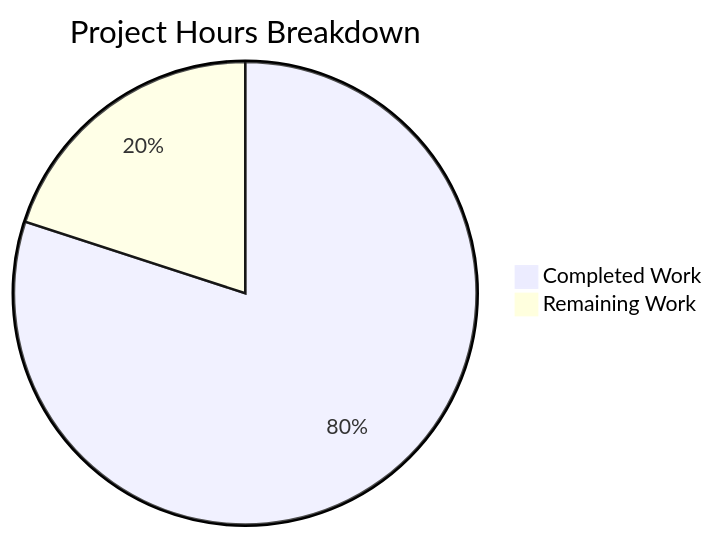
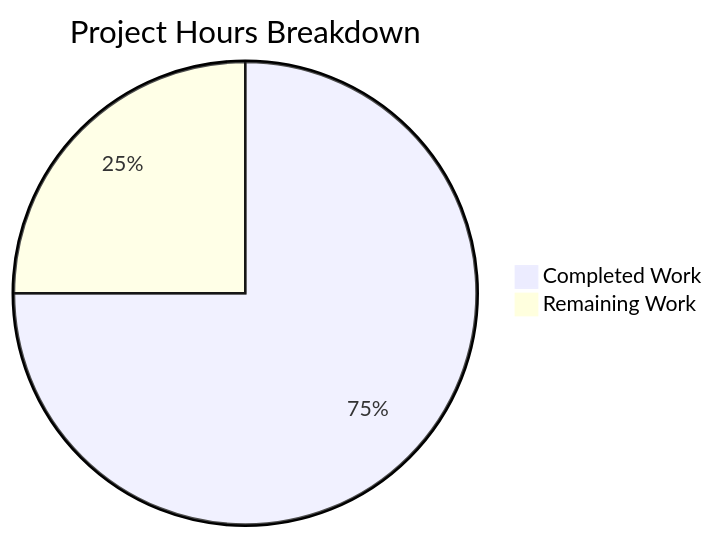
Before and after one commit to TestadoBlitzy/Existing-product: the second of 2 diagrams in blitzy/documentation/Project Guide.md, drawn with Mermaid. The commit also changed other lines of this file, not shown here.

Commit message:
Adding Blitzy Project Guide: Project Status and Human Tasks Remaining

````diff
--- a/blitzy/documentation/Project Guide.md
+++ b/blitzy/documentation/Project Guide.md
@@ -169,5 +151,5 @@
 ```mermaid
 pie title Project Hours Breakdown
-    "Completed Work" : 6
-    "Remaining Work" : 1.5
+    "Completed Work" : 3
+    "Remaining Work" : 1
 ```
````
